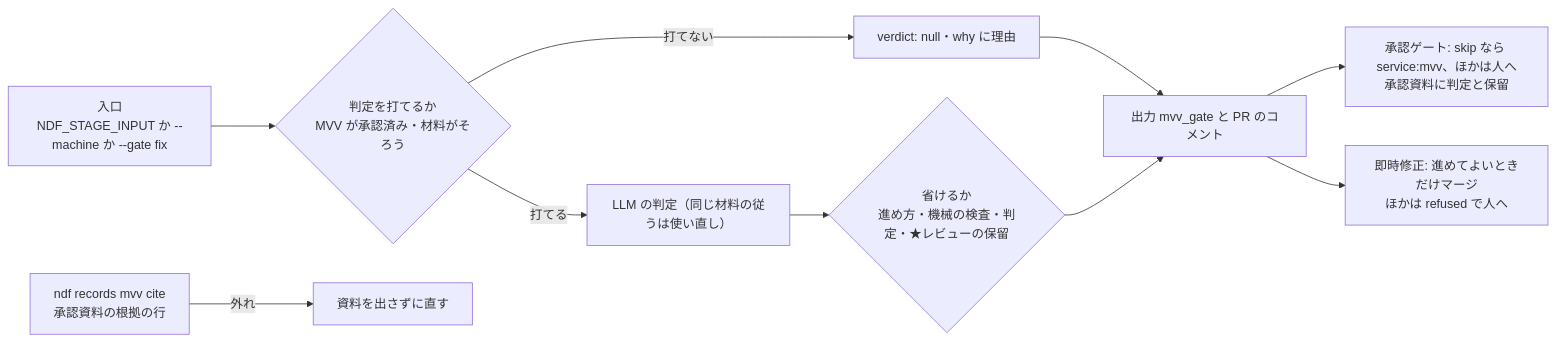
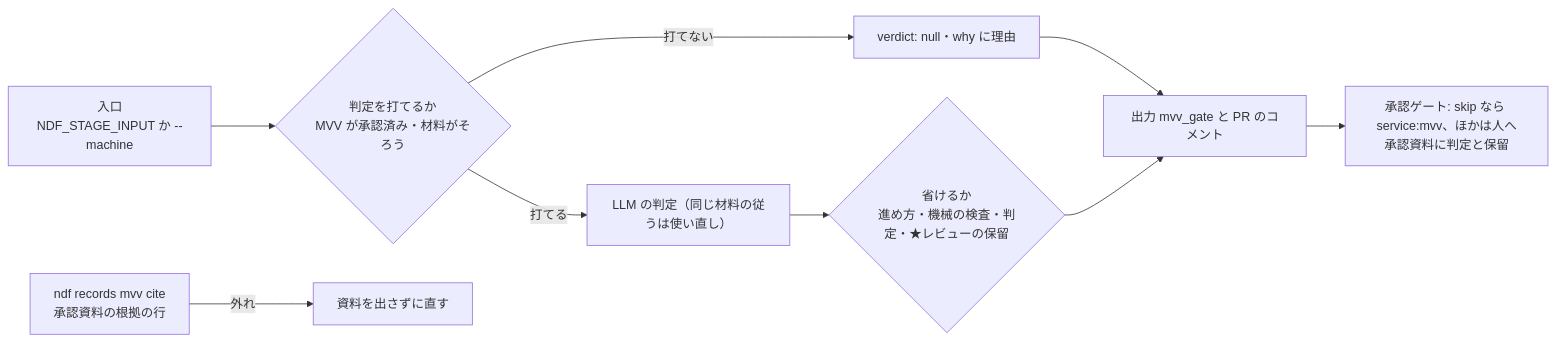
The second of 4 diagrams in issues/issue-3959-4055-design.md (devbasex/ai-plugins), drawn with Mermaid before and after one commit. The commit also changed other lines of this file and 2 other files, not shown here.

````diff
--- a/issues/issue-3959-4055-design.md
+++ b/issues/issue-3959-4055-design.md
@@ -55,12 +53,11 @@
 ```mermaid
 graph LR
-  IN["入口<br>NDF_STAGE_INPUT か --machine か --gate fix"] --> PRE{"判定を打てるか<br>MVV が承認済み・材料がそろう"}
+  IN["入口<br>NDF_STAGE_INPUT か --machine"] --> PRE{"判定を打てるか<br>MVV が承認済み・材料がそろう"}
   PRE -->|打てない| NV["verdict: null・why に理由"]
   PRE -->|打てる| J["LLM の判定（同じ材料の従うは使い直し）"]
   J --> SK{"省けるか<br>進め方・機械の検査・判定・★レビューの保留"}
   NV --> OUT["出力 mvv_gate と PR のコメント"]
   SK --> OUT
   OUT --> GATE["承認ゲート: skip なら service:mvv、ほかは人へ<br>承認資料に判定と保留"]
-  OUT --> FIX["即時修正: 進めてよいときだけマージ<br>ほかは refused で人へ"]
   CITE["ndf records mvv cite<br>承認資料の根拠の行"] -->|外れ| STOP["資料を出さずに直す"]
 ```
````
